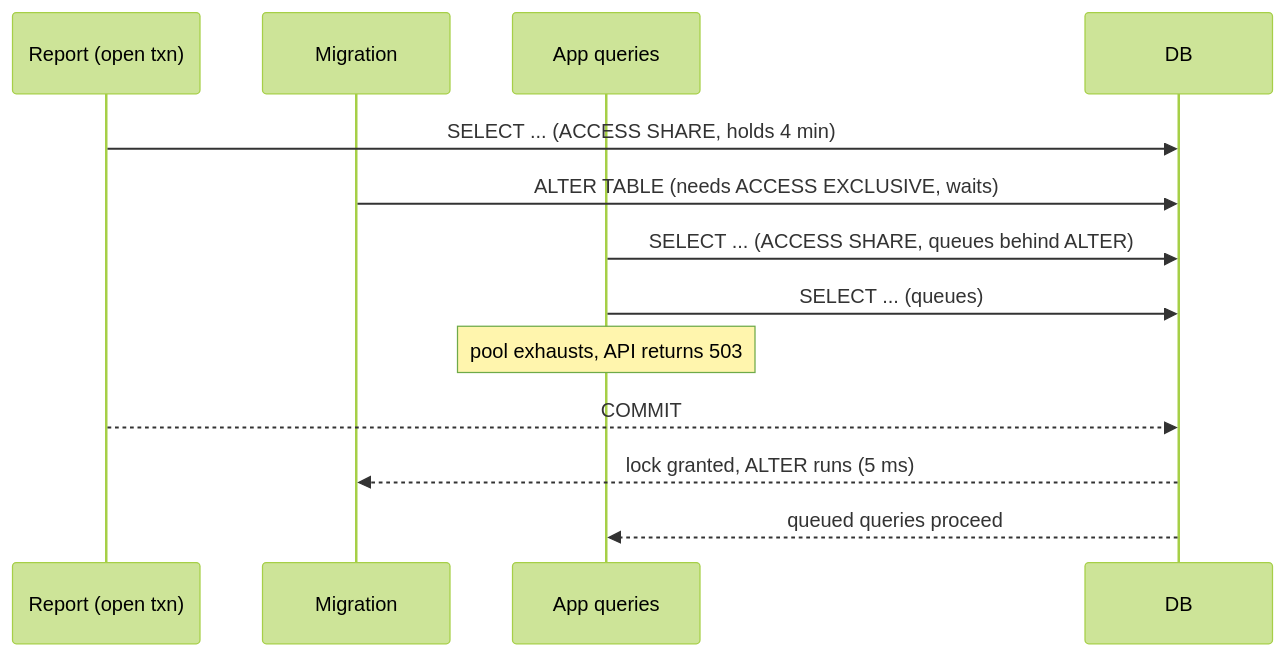
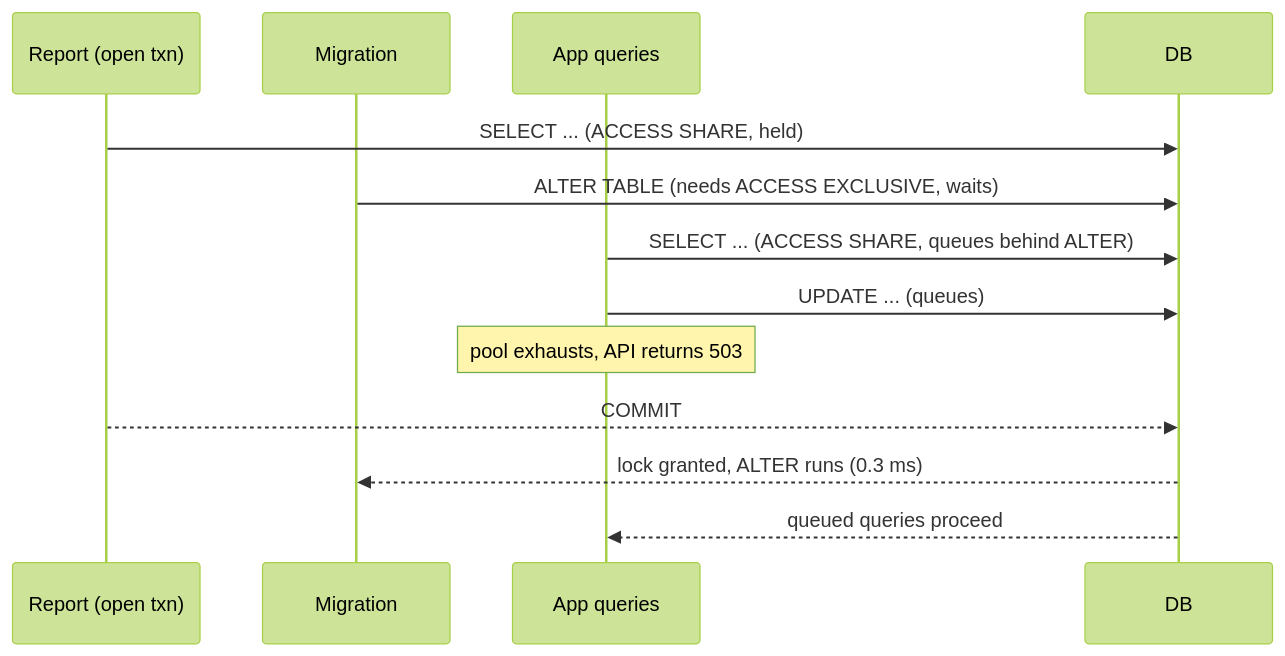
Before and after one commit to thull32/ascend: the diagram in content/tracks/07-databases/04-data-modeling-and-evolution/02-schema-migrations-at-scale.md, drawn with Mermaid (forest theme). The commit also changed other lines of this file and 23 other files, not shown here.

````diff
--- a/content/tracks/07-databases/04-data-modeling-and-evolution/02-schema-migrations-at-scale.md
+++ b/content/tracks/07-databases/04-data-modeling-and-evolution/02-schema-migrations-at-scale.md
@@ -19,14 +78,14 @@
 ```mermaid
 sequenceDiagram
   participant R as Report (open txn)
   participant M as Migration
   participant A as App queries
-  R->>DB: SELECT ... (ACCESS SHARE, holds 4 min)
+  R->>DB: SELECT ... (ACCESS SHARE, held)
   M->>DB: ALTER TABLE (needs ACCESS EXCLUSIVE, waits)
   A->>DB: SELECT ... (ACCESS SHARE, queues behind ALTER)
-  A->>DB: SELECT ... (queues)
+  A->>DB: UPDATE ... (queues)
   Note over A: pool exhausts, API returns 503
   R-->>DB: COMMIT
-  DB-->>M: lock granted, ALTER runs (5 ms)
+  DB-->>M: lock granted, ALTER runs (0.3 ms)
   DB-->>A: queued queries proceed
 ```
````
